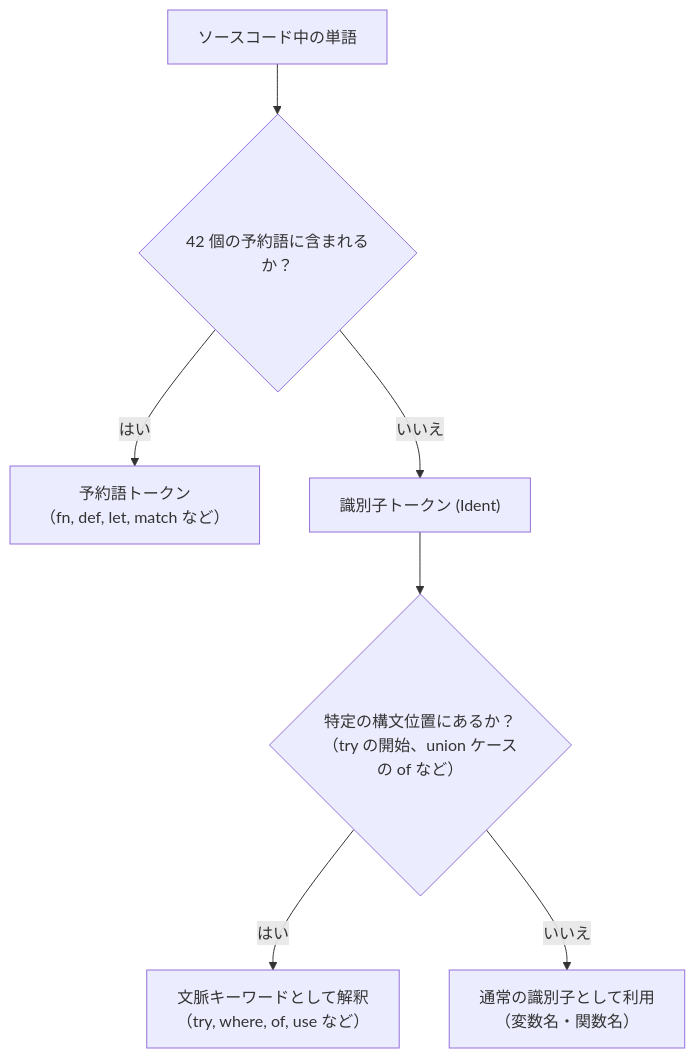
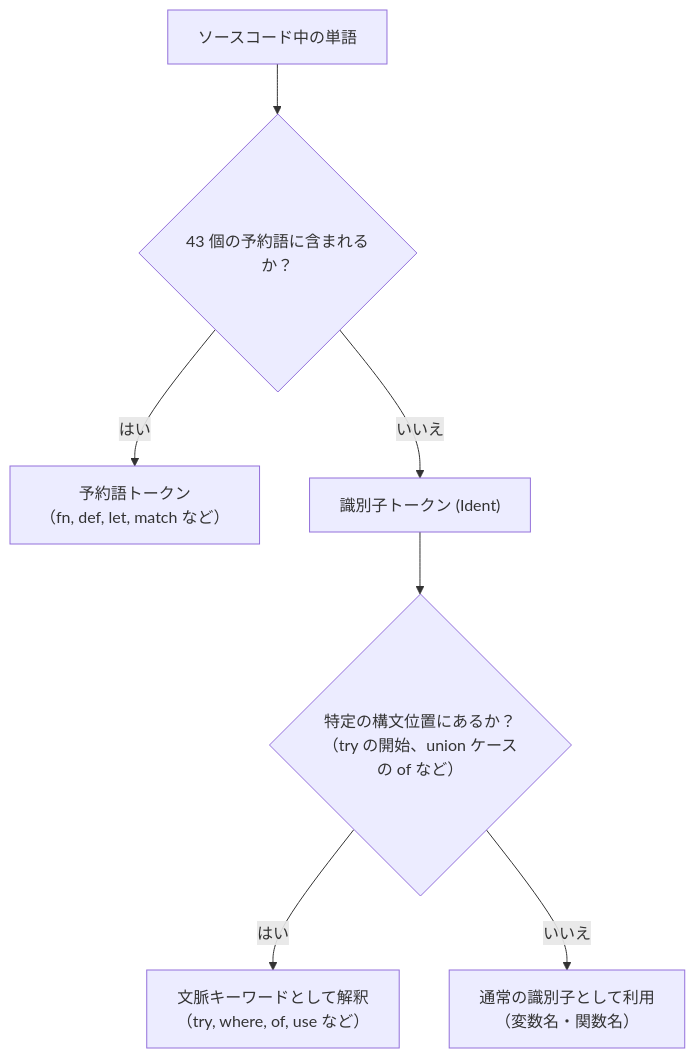
The diagram in _tsuzuri/language-reference/values-and-functions/keywords.md (tatsuya-midorikawa/Tsuzuri), drawn with Mermaid before and after one commit. The commit also changed other lines of this file and 35 other files, not shown here.

````diff
--- a/_tsuzuri/language-reference/values-and-functions/keywords.md
+++ b/_tsuzuri/language-reference/values-and-functions/keywords.md
@@ -19,17 +19,17 @@
 ```mermaid
 flowchart TD
     ident["ソースコード中の単語"]
-    is_res{"42 個の予約語に含まれるか？"}
+    is_res{"43 個の予約語に含まれるか？"}
     res_kw["予約語トークン<br/>（fn, def, let, match など）"]
     ident_token["識別子トークン (Ident)"]
     is_ctx{"特定の構文位置にあるか？<br/>（try の開始、union ケースの of など）"}
     ctx_kw["文脈キーワードとして解釈<br/>（try, where, of, use など）"]
     normal_ident["通常の識別子として利用<br/>（変数名・関数名）"]
 
     ident --> is_res
     is_res -->|はい| res_kw
     is_res -->|いいえ| ident_token
     ident_token --> is_ctx
     is_ctx -->|はい| ctx_kw
     is_ctx -->|いいえ| normal_ident
 ```
````
